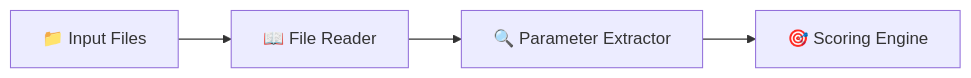
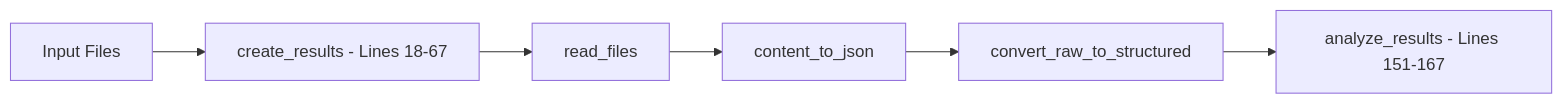
One commit to Pooja-Vishnoi/GenAI_Hackathon changed the fifth of 11 diagrams in README.md. Above: the diagram before and after it, drawn with Mermaid. The commit also changed other lines of this file, not shown here.

Commit message:
- Enhance README with detailed architecture diagrams and application flow. - Added sections for frontend-backend separation, key function calls, and interactive editing flows to improve clarity and understanding of the system's structure and functionality.

````diff
--- a/README.md
+++ b/README.md
@@ -81,6 +183,8 @@
 ```mermaid
 graph LR
-    INPUT[📁 Input Files] --> RF[📖 File Reader]
-    RF --> PE[🔍 Parameter Extractor]
-    PE --> SC[🎯 Scoring Engine]
+    INPUT[Input Files] --> CR[create_results - Lines 18-67]
+    CR --> RF[read_files]
+    RF --> PE[content_to_json]
+    PE --> SC[convert_raw_to_structured]
+    SC --> AR[analyze_results - Lines 151-167]
 ```
````
